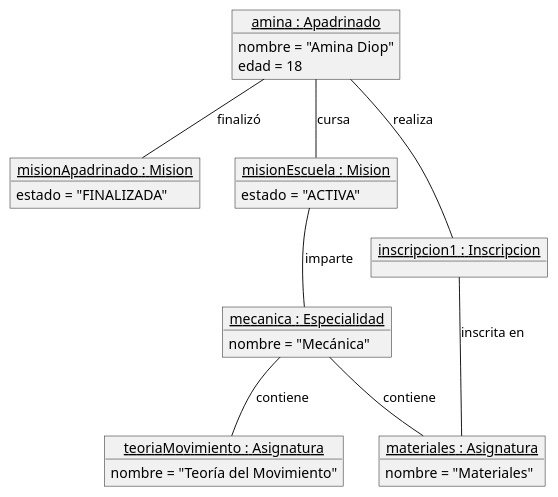
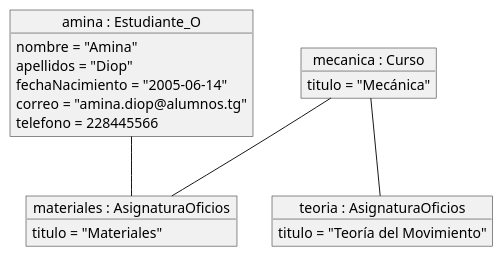
Before and after one commit to albporfer1-64/Grupo_Proyecto_DB: the diagram in escenarios/escenario4.puml, drawn with PlantUML.

Commit message:
Completar clases y cambiar el desarrollo del escenario, mal entendido anteriormente escenario4.puml

```diff
--- a/escenarios/escenario4.puml
+++ b/escenarios/escenario4.puml
@@ -1,36 +1,22 @@
 @startuml
-object "<u>amina : Apadrinado</u>" as amina {
-  nombre = "Amina Diop"
-  edad = 18
+object "amina : Estudiante_O" as amina {
+  nombre = "Amina"
+  apellidos = "Diop"
+  fechaNacimiento = "2005-06-14"
+  correo = "amina.diop@alumnos.tg"
+  telefono = 228445566
+}
+object "mecanica : Curso" as mecanica {
+  titulo = "Mecánica"
+}
+object "materiales : AsignaturaOficios" as materiales {
+  titulo = "Materiales"
+}
+object "teoria : AsignaturaOficios" as teoria {
+  titulo = "Teoría del Movimiento"
 }
 
-object "<u>misionApadrinado : Mision</u>" as misionApadrinado {
-  estado = "FINALIZADA"
-}
-
-object "<u>misionEscuela : Mision</u>" as misionEscuela {
-  estado = "ACTIVA"
-}
-
-object "<u>mecanica : Especialidad</u>" as mecanica {
-  nombre = "Mecánica"
-}
-
-object "<u>materiales : Asignatura</u>" as materiales {
-  nombre = "Materiales"
-}
-
-object "<u>teoriaMovimiento : Asignatura</u>" as teoriaMovimiento {
-  nombre = "Teoría del Movimiento"
-}
-
-object "<u>inscripcion1 : Inscripcion</u>" as inscripcion1
-
-amina -- misionApadrinado : finalizó
-amina -- misionEscuela : cursa
-misionEscuela -- mecanica : imparte
-mecanica -- materiales : contiene
-mecanica -- teoriaMovimiento : contiene
-amina -- inscripcion1 : realiza
-inscripcion1 -- materiales : inscrita en
+mecanica -- materiales
+mecanica -- teoria
+amina -- materiales
 @enduml
```
